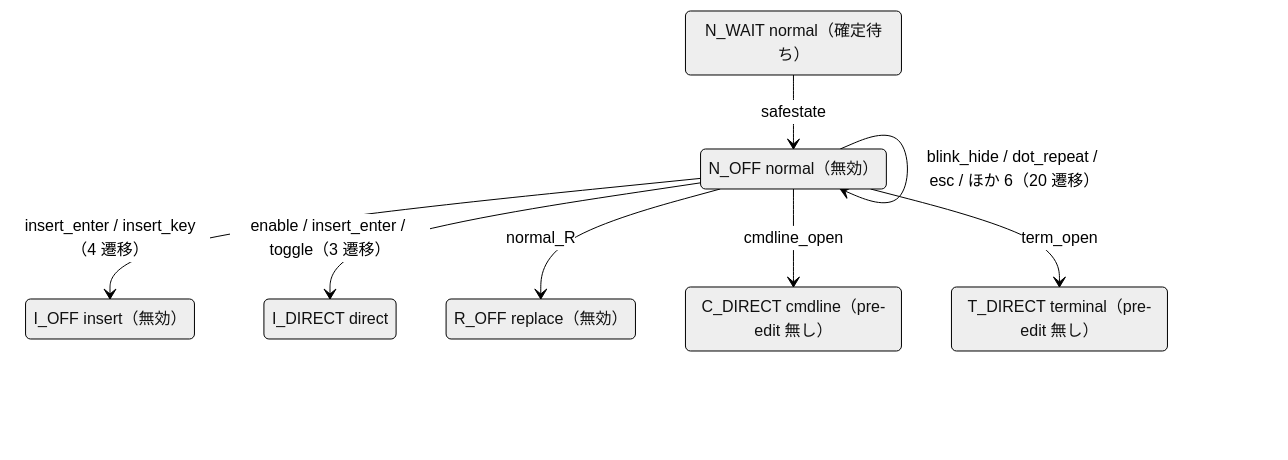
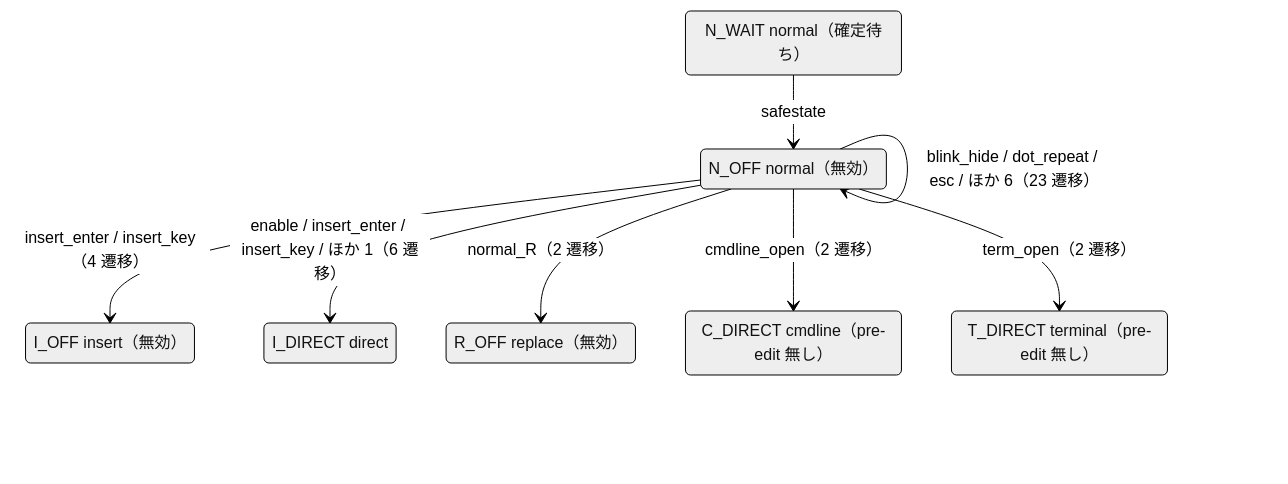
The first of 10 diagrams in semantics/STATE_MACHINE.md (kat0h/skkeleton.nvim), drawn with Mermaid (neutral theme) before and after one commit. The commit also changed other lines of this file, not shown here.

````diff
--- a/semantics/STATE_MACHINE.md
+++ b/semantics/STATE_MACHINE.md
@@ -207,17 +207,17 @@
 ```mermaid
 stateDiagram-v2
   state "N_OFF normal（無効）" as N_OFF
   state "N_WAIT normal（確定待ち）" as N_WAIT
   state "I_OFF insert（無効）" as I_OFF
   state "I_DIRECT direct" as I_DIRECT
   state "R_OFF replace（無効）" as R_OFF
   state "C_DIRECT cmdline（pre-edit 無し）" as C_DIRECT
   state "T_DIRECT terminal（pre-edit 無し）" as T_DIRECT
-  N_OFF --> N_OFF: blink_hide / dot_repeat / esc / ほか 6（20 遷移）
+  N_OFF --> N_OFF: blink_hide / dot_repeat / esc / ほか 6（23 遷移）
   N_OFF --> I_OFF: insert_enter / insert_key（4 遷移）
-  N_OFF --> I_DIRECT: enable / insert_enter / toggle（3 遷移）
-  N_OFF --> R_OFF: normal_R
-  N_OFF --> C_DIRECT: cmdline_open
-  N_OFF --> T_DIRECT: term_open
+  N_OFF --> I_DIRECT: enable / insert_enter / insert_key / ほか 1（6 遷移）
+  N_OFF --> R_OFF: normal_R（2 遷移）
+  N_OFF --> C_DIRECT: cmdline_open（2 遷移）
+  N_OFF --> T_DIRECT: term_open（2 遷移）
   N_WAIT --> N_OFF: safestate
 ```
````
